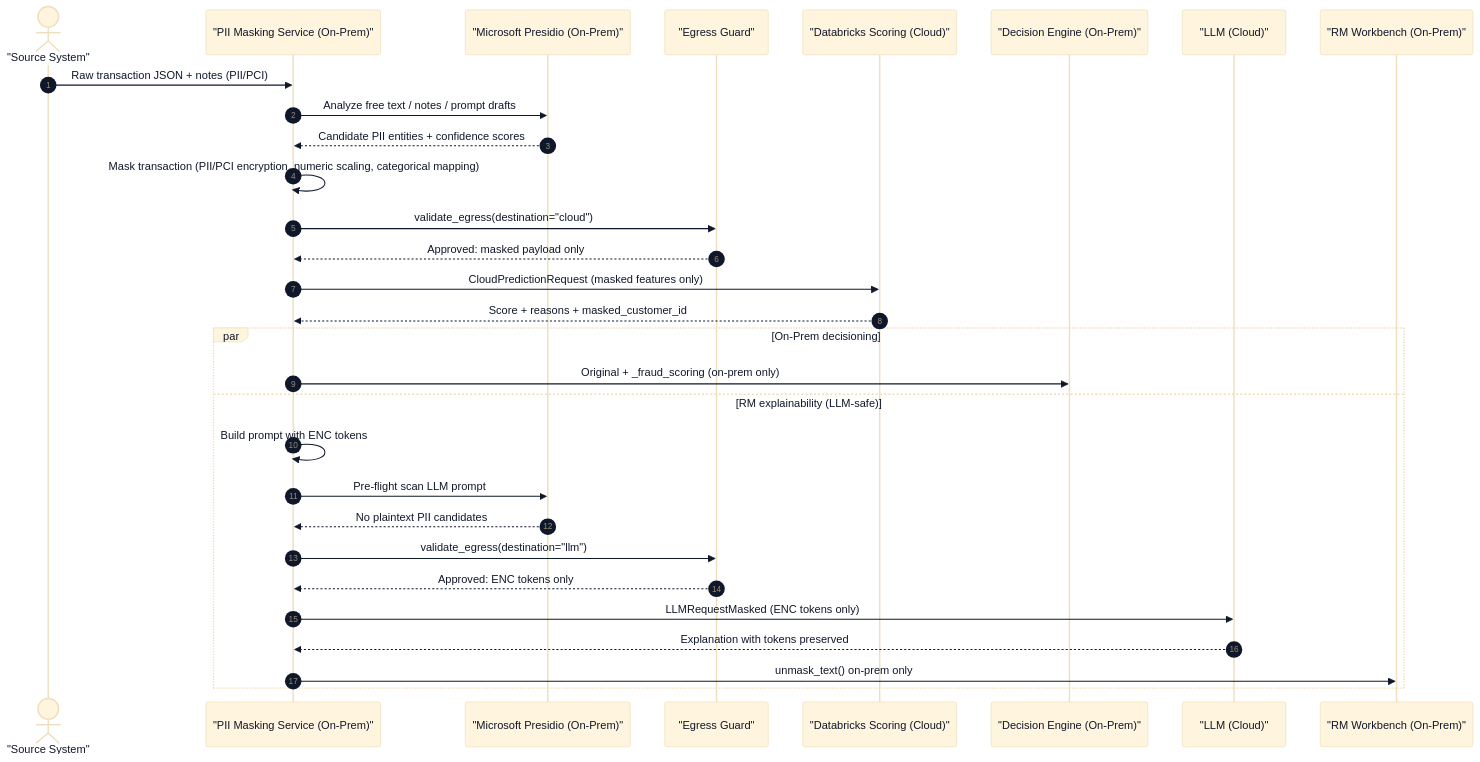
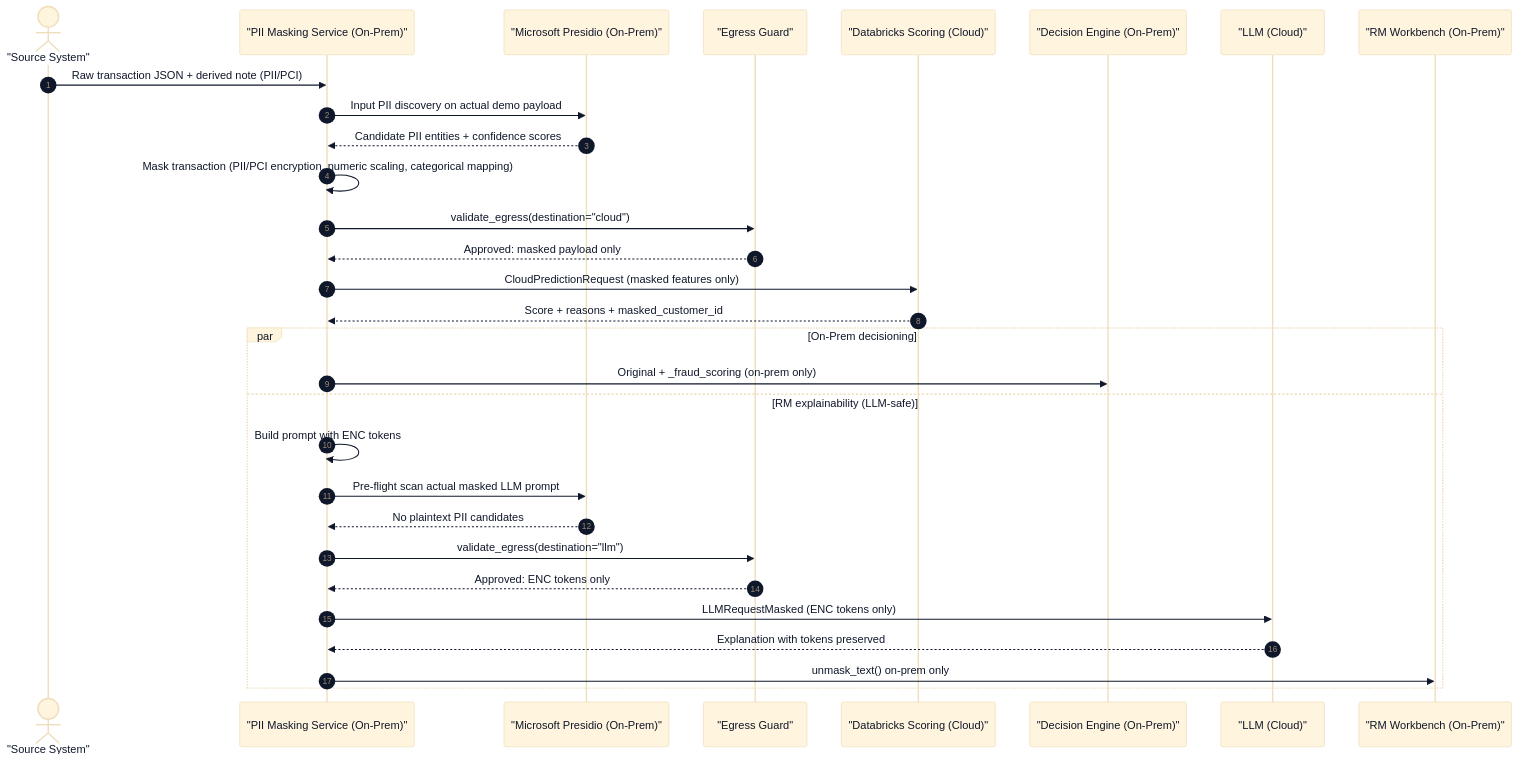
The sixth of 6 diagrams in README.md (kkirko/PII-Masking-Service), drawn with Mermaid before and after one commit. The commit also changed other lines of this file and 9 other files, not shown here.

Commit message:
Integrate Presidio into demo flow and docs

````diff
--- a/README.md
+++ b/README.md
@@ -309,36 +309,36 @@
 ```mermaid
 %%{init: {"theme":"base","themeVariables":{"fontFamily":"ui-sans-serif, system-ui, -apple-system, Segoe UI, Roboto, Arial","primaryTextColor":"#0f172a","lineColor":"#64748b","noteBkgColor":"#f8fafc","noteTextColor":"#0f172a"}}}%%
 sequenceDiagram
     autonumber
     actor Client as "Source System"
     participant Svc as "PII Masking Service (On-Prem)"
     participant Presidio as "Microsoft Presidio (On-Prem)"
     participant Guard as "Egress Guard"
     participant DBX as "Databricks Scoring (Cloud)"
     participant DE as "Decision Engine (On-Prem)"
     participant LLM as "LLM (Cloud)"
     participant RM as "RM Workbench (On-Prem)"
 
-    Client->>Svc: Raw transaction JSON + notes (PII/PCI)
-    Svc->>Presidio: Analyze free text / notes / prompt drafts
+    Client->>Svc: Raw transaction JSON + derived note (PII/PCI)
+    Svc->>Presidio: Input PII discovery on actual demo payload
     Presidio-->>Svc: Candidate PII entities + confidence scores
 
     Svc->>Svc: Mask transaction (PII/PCI encryption, numeric scaling, categorical mapping)
     Svc->>Guard: validate_egress(destination="cloud")
     Guard-->>Svc: Approved: masked payload only
     Svc->>DBX: CloudPredictionRequest (masked features only)
     DBX-->>Svc: Score + reasons + masked_customer_id
 
     par On-Prem decisioning
         Svc->>DE: Original + _fraud_scoring (on-prem only)
     and RM explainability (LLM-safe)
         Svc->>Svc: Build prompt with ENC tokens
-        Svc->>Presidio: Pre-flight scan LLM prompt
+        Svc->>Presidio: Pre-flight scan actual masked LLM prompt
         Presidio-->>Svc: No plaintext PII candidates
         Svc->>Guard: validate_egress(destination="llm")
         Guard-->>Svc: Approved: ENC tokens only
         Svc->>LLM: LLMRequestMasked (ENC tokens only)
         LLM-->>Svc: Explanation with tokens preserved
         Svc->>RM: unmask_text() on-prem only
     end
 ```
````
